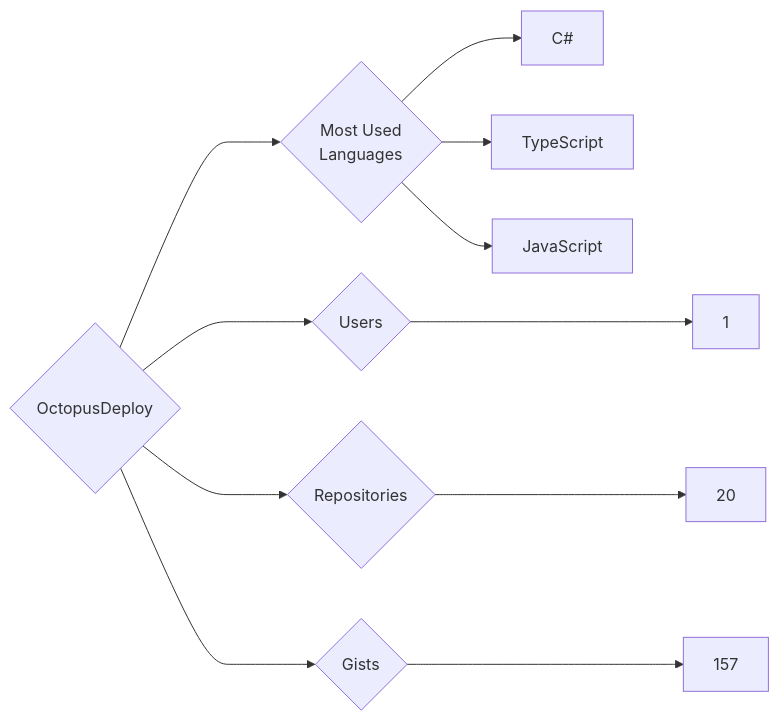
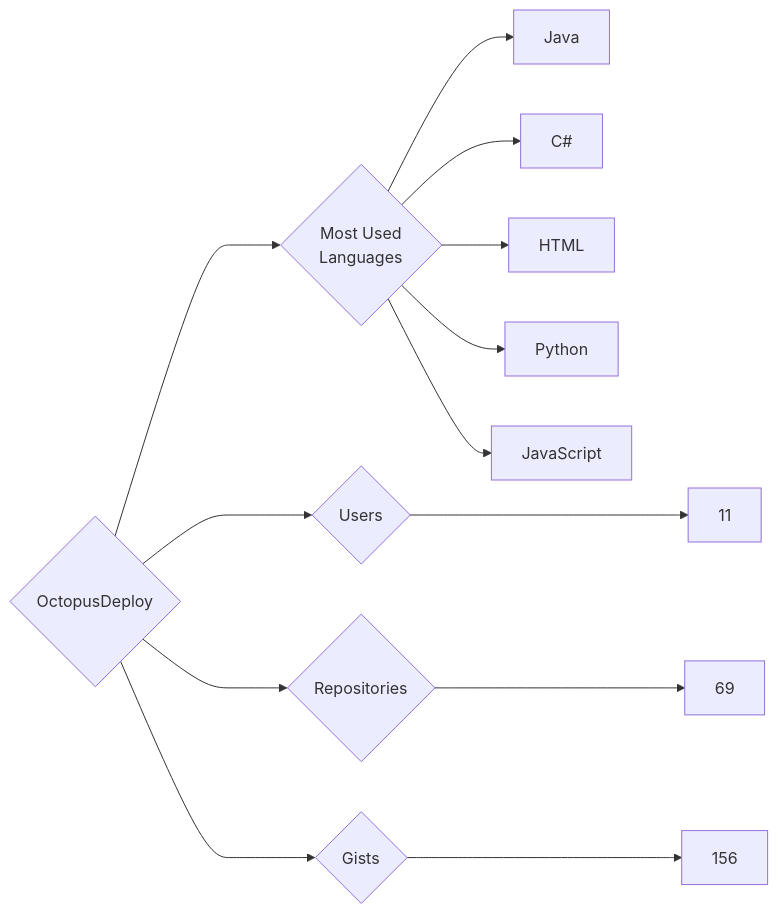
One commit to trickest/insiders changed the diagram in targets/OctopusDeploy/README.md. Above: the diagram before and after it, drawn with Mermaid. The commit also changed 1389 other files, not shown here.

````diff
--- a/targets/OctopusDeploy/README.md
+++ b/targets/OctopusDeploy/README.md
@@ -3,11 +3,13 @@
 ```mermaid
 graph LR
 COMPANY_NAME{OctopusDeploy}
-COMPANY_NAME ---> U{Users} ---> UN[1]
-COMPANY_NAME ---> R{Repositories} ---> RN[20]
-COMPANY_NAME ---> G{Gists} ---> GN[157]
+COMPANY_NAME ---> U{Users} ---> UN[11]
+COMPANY_NAME ---> R{Repositories} ---> RN[69]
+COMPANY_NAME ---> G{Gists} ---> GN[156]
 COMPANY_NAME ---> ML{Most Used<br>Languages}
+ML --> Java[Java]
 ML --> C#[C#]
-ML --> TypeScript[TypeScript]
+ML --> HTML[HTML]
+ML --> Python[Python]
 ML --> JavaScript[JavaScript]
 ```
````
